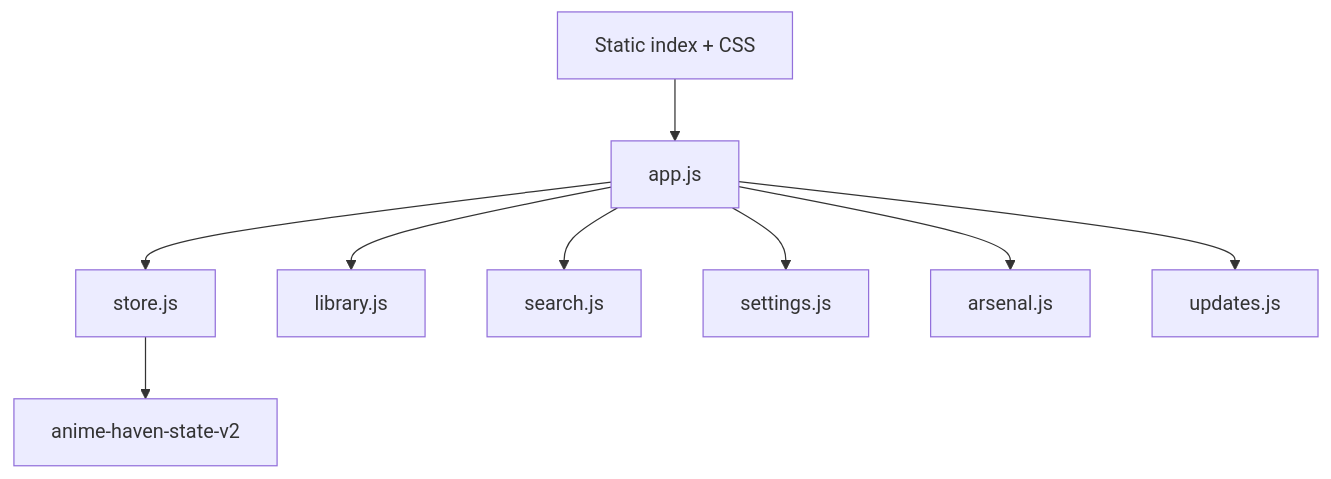
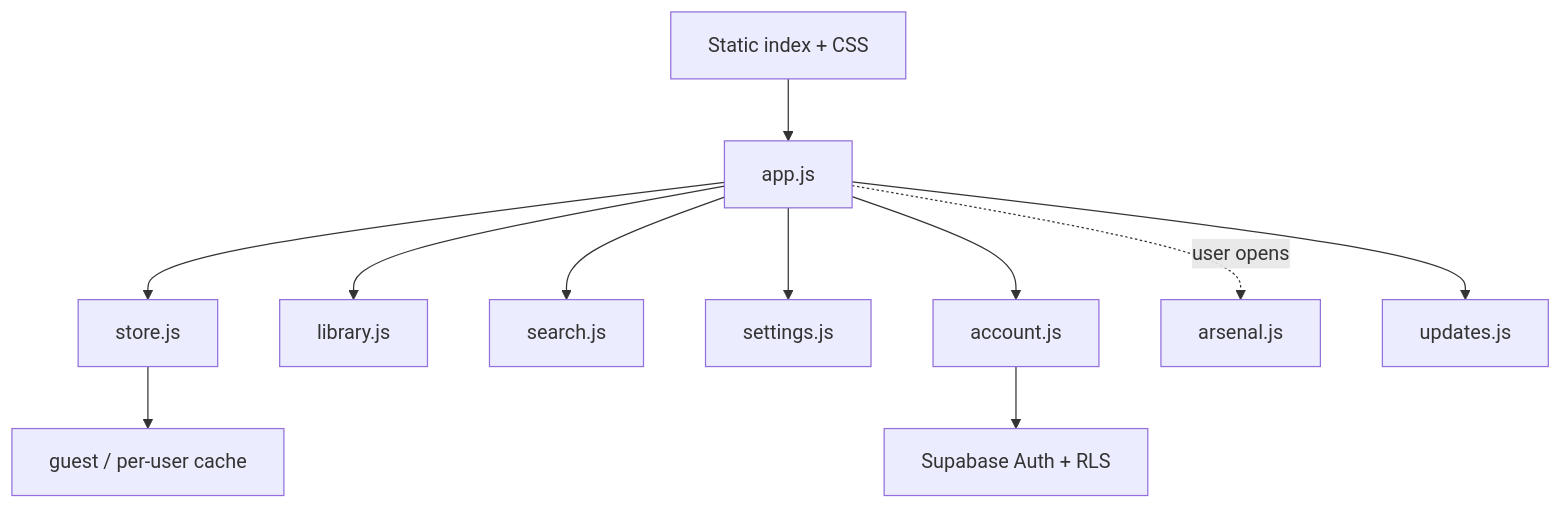
Before and after one commit to AshtonFarmer/Anime-Haven: the diagram in docs/core-rebuild.md, drawn with Mermaid. The commit also changed other lines of this file and 54 other files, not shown here.

````diff
--- a/docs/core-rebuild.md
+++ b/docs/core-rebuild.md
@@ -29,11 +29,13 @@
 ```mermaid
 flowchart TD
   HTML["Static index + CSS"] --> App["app.js"]
   App --> Store["store.js"]
   App --> Library["library.js"]
   App --> Search["search.js"]
   App --> Settings["settings.js"]
-  App --> Arsenal["arsenal.js"]
+  App --> Account["account.js"]
+  Account --> Cloud["Supabase Auth + RLS"]
+  App -. user opens .-> Arsenal["arsenal.js"]
   App --> Updates["updates.js"]
-  Store --> Save["anime-haven-state-v2"]
+  Store --> Save["guest / per-user cache"]
 ```
````
